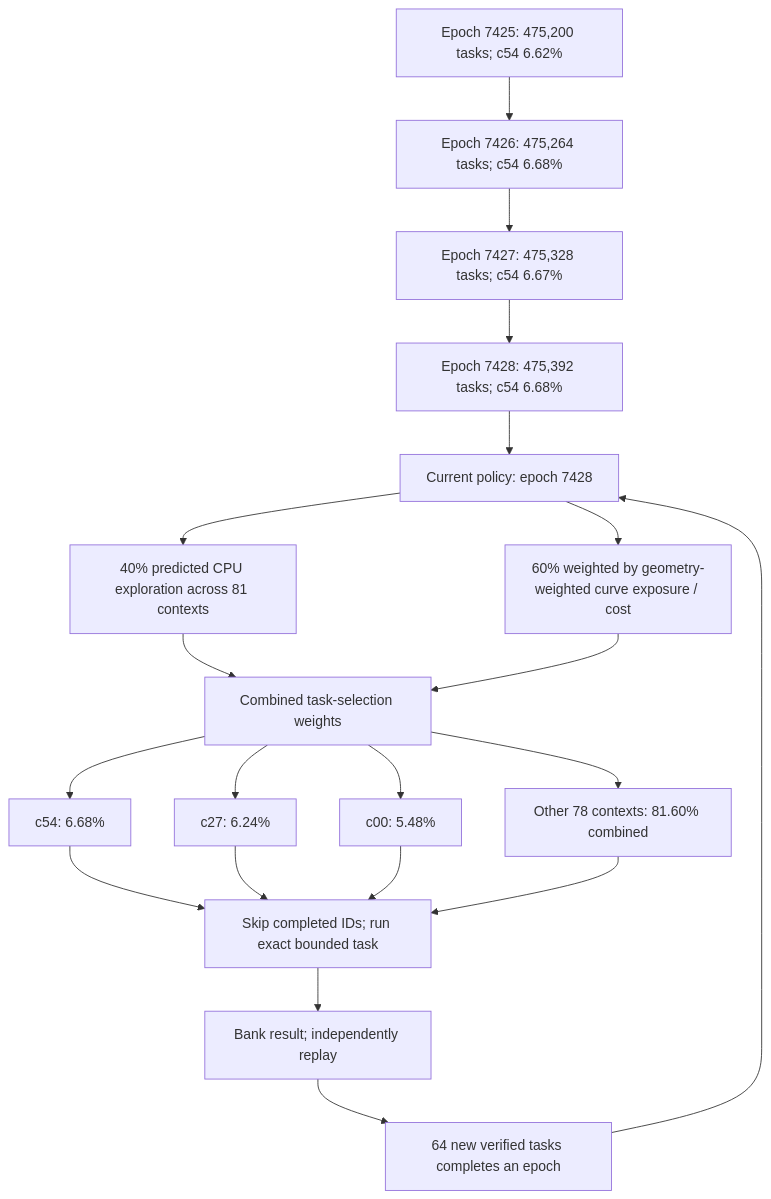
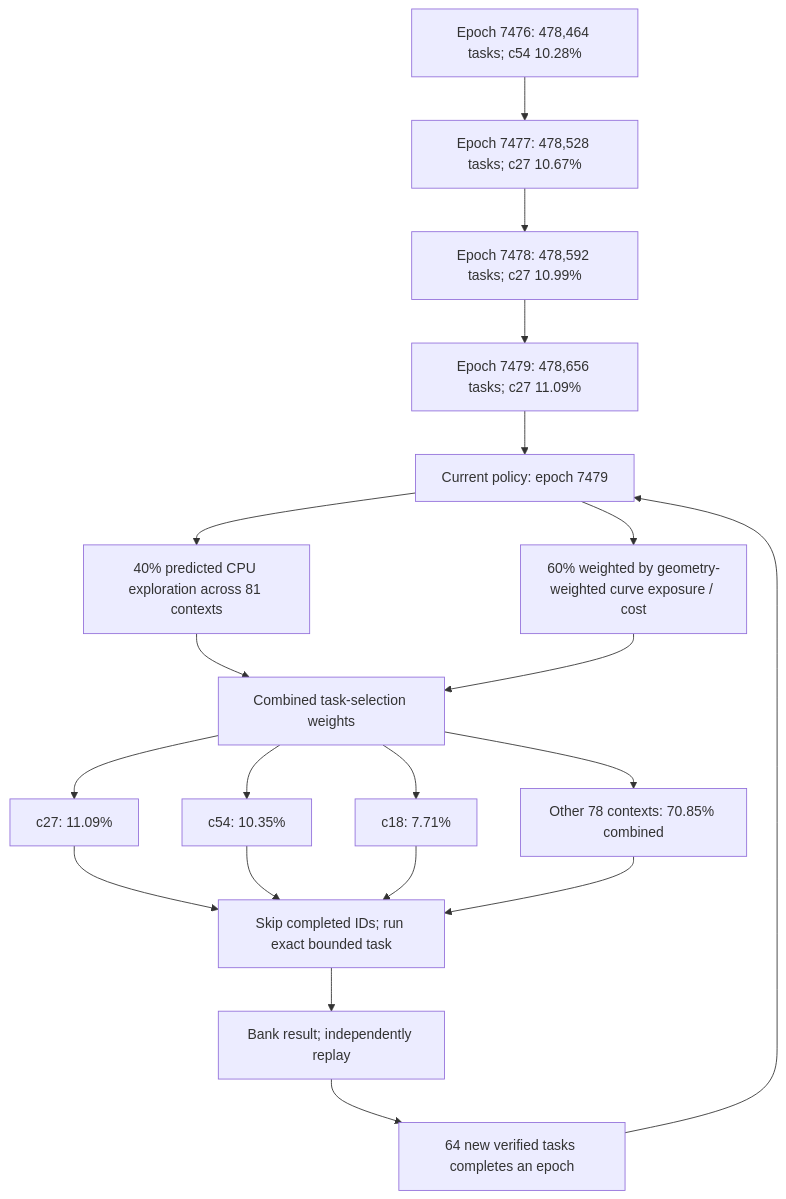
The first of 4 diagrams in README.md (Kuberwastaken/math-gambling), drawn with Mermaid before and after one commit. The commit also changed other lines of this file and 7067 other files, not shown here.

````diff
--- a/README.md
+++ b/README.md
@@ -60,27 +60,27 @@
 ```mermaid
 flowchart TD
-    H0["Epoch 7425: 475,200 tasks; c54 6.62%"]
-    H1["Epoch 7426: 475,264 tasks; c54 6.68%"]
+    H0["Epoch 7476: 478,464 tasks; c54 10.28%"]
+    H1["Epoch 7477: 478,528 tasks; c27 10.67%"]
     H0 --> H1
-    H2["Epoch 7427: 475,328 tasks; c54 6.67%"]
+    H2["Epoch 7478: 478,592 tasks; c27 10.99%"]
     H1 --> H2
-    H3["Epoch 7428: 475,392 tasks; c54 6.68%"]
+    H3["Epoch 7479: 478,656 tasks; c27 11.09%"]
     H2 --> H3
-    Policy["Current policy: epoch 7428"]
+    Policy["Current policy: epoch 7479"]
     H3 --> Policy
     Policy --> Explore["40% predicted CPU exploration across 81 contexts"]
     Policy --> Cost["60% weighted by geometry-weighted curve exposure / cost"]
     Explore --> Mix["Combined task-selection weights"]
     Cost --> Mix
-    Mix --> C0["c54: 6.68%"]
-    Mix --> C1["c27: 6.24%"]
-    Mix --> C2["c00: 5.48%"]
-    Mix --> Rest["Other 78 contexts: 81.60% combined"]
+    Mix --> C0["c27: 11.09%"]
+    Mix --> C1["c54: 10.35%"]
+    Mix --> C2["c18: 7.71%"]
+    Mix --> Rest["Other 78 contexts: 70.85% combined"]
     C0 --> Check["Skip completed IDs; run exact bounded task"]
     C1 --> Check
     C2 --> Check
     Rest --> Check
     Check --> Replay["Bank result; independently replay"]
     Replay --> Gate["64 new verified tasks completes an epoch"]
     Gate --> Policy
 ```
````
